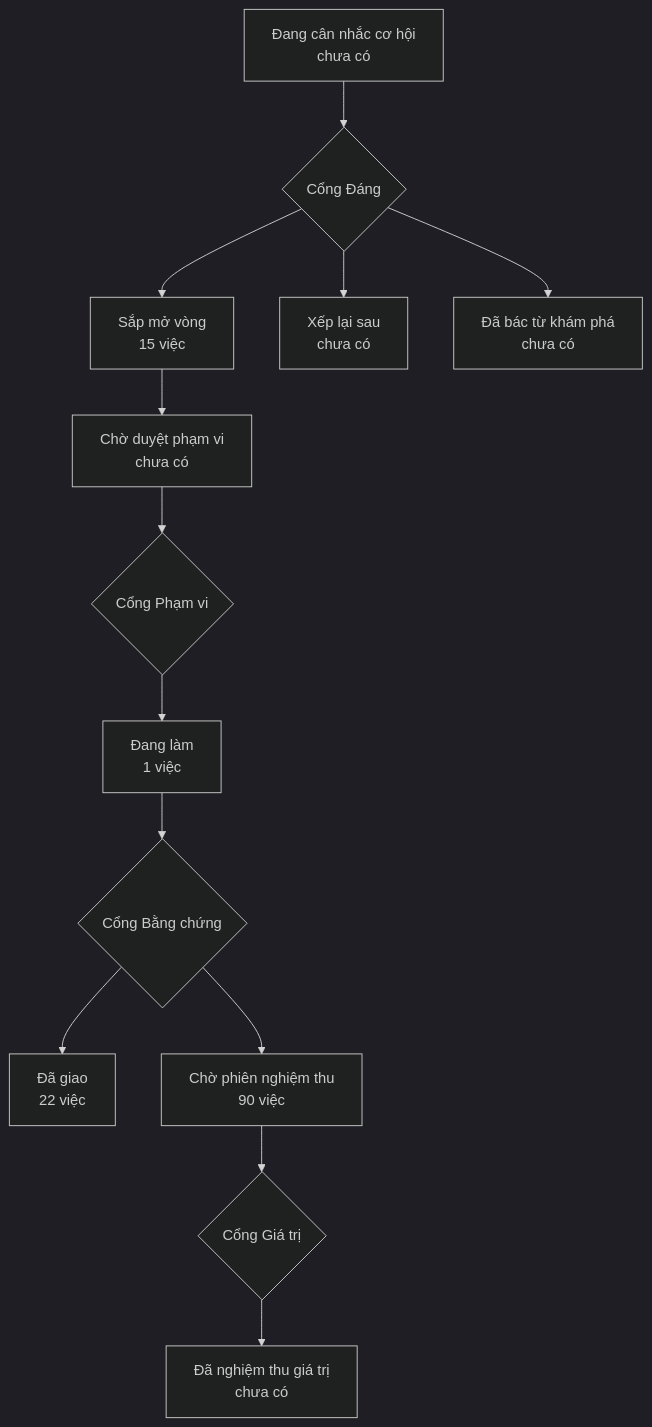
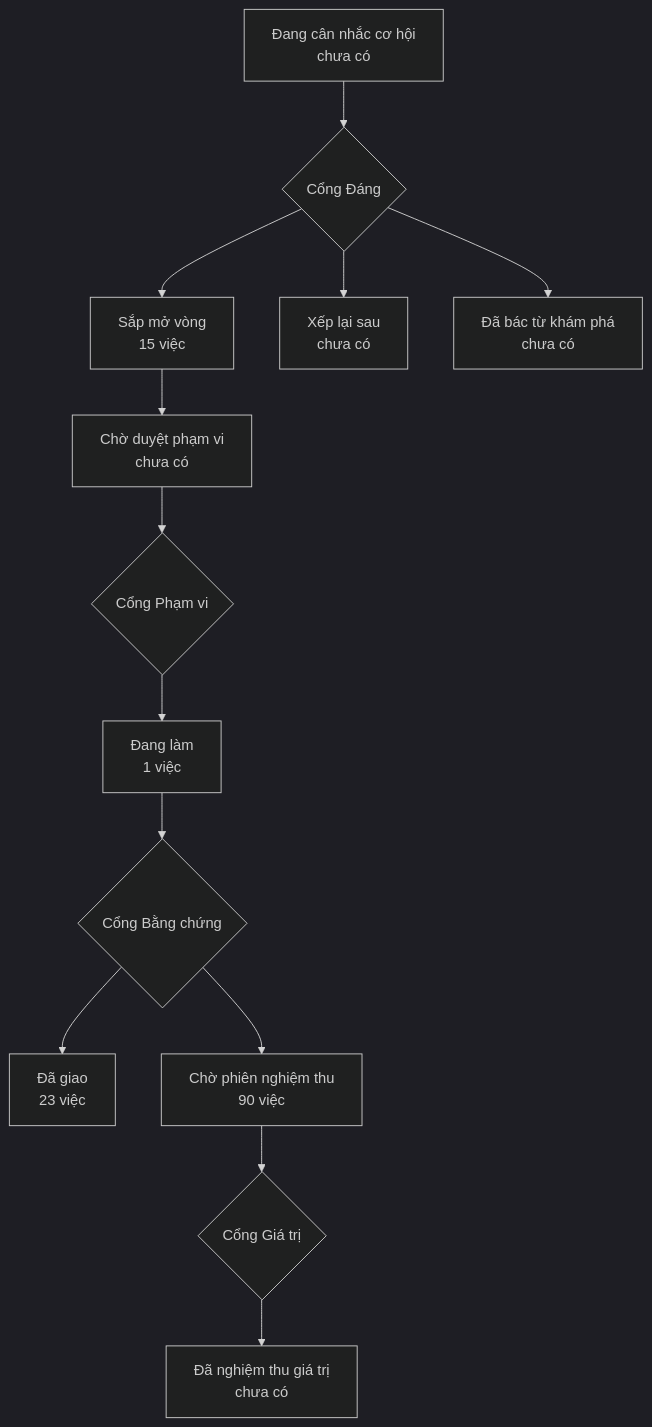
The diagram in PRODUCT-MAP.md (phanlemanh/onehub-quy-hang), drawn with Mermaid (dark theme) before and after one commit. The commit also changed other lines of this file and 1 other file, not shown here.

Commit message:
chore: vẽ lại bản đồ sau khi gộp nhánh chính

````diff
--- a/PRODUCT-MAP.md
+++ b/PRODUCT-MAP.md
@@ -7,12 +7,12 @@
 ```mermaid
 flowchart TD
   A["Đang cân nhắc cơ hội<br/>chưa có"] --> GD{"Cổng Đáng"}
   GD --> B["Sắp mở vòng<br/>15 việc"]
   GD --> XL["Xếp lại sau<br/>chưa có"]
   GD --> DB["Đã bác từ khám phá<br/>chưa có"]
   B --> CD["Chờ duyệt phạm vi<br/>chưa có"] --> GP{"Cổng Phạm vi"}
   GP --> DL["Đang làm<br/>1 việc"] --> GB{"Cổng Bằng chứng"}
-  GB --> DG["Đã giao<br/>22 việc"]
+  GB --> DG["Đã giao<br/>23 việc"]
   GB --> CN["Chờ phiên nghiệm thu<br/>90 việc"] --> GG{"Cổng Giá trị"}
   GG --> NT["Đã nghiệm thu giá trị<br/>chưa có"]
 ```
````
